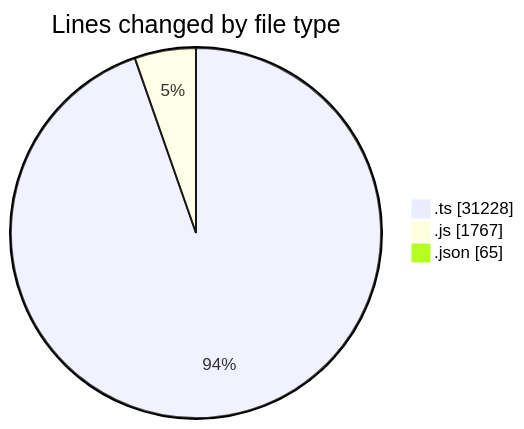
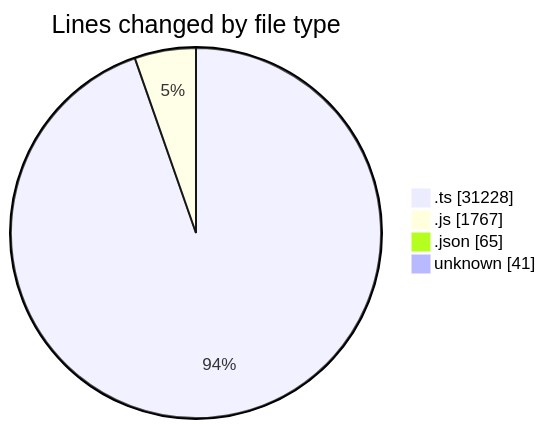
The first of 2 diagrams in 2025-07-31/cda/README.md (momahboobian/code-tracking), drawn with Mermaid before and after one commit. The commit also changed other lines of this file and 1 other file, not shown here.

````diff
--- a/2025-07-31/cda/README.md
+++ b/2025-07-31/cda/README.md
@@ -25,7 +26,8 @@
 ```mermaid
 pie showData
 title Lines changed by file type
 ".ts" : 31228
 ".js" : 1767
 ".json" : 65
+"unknown" : 41
 ```
````
